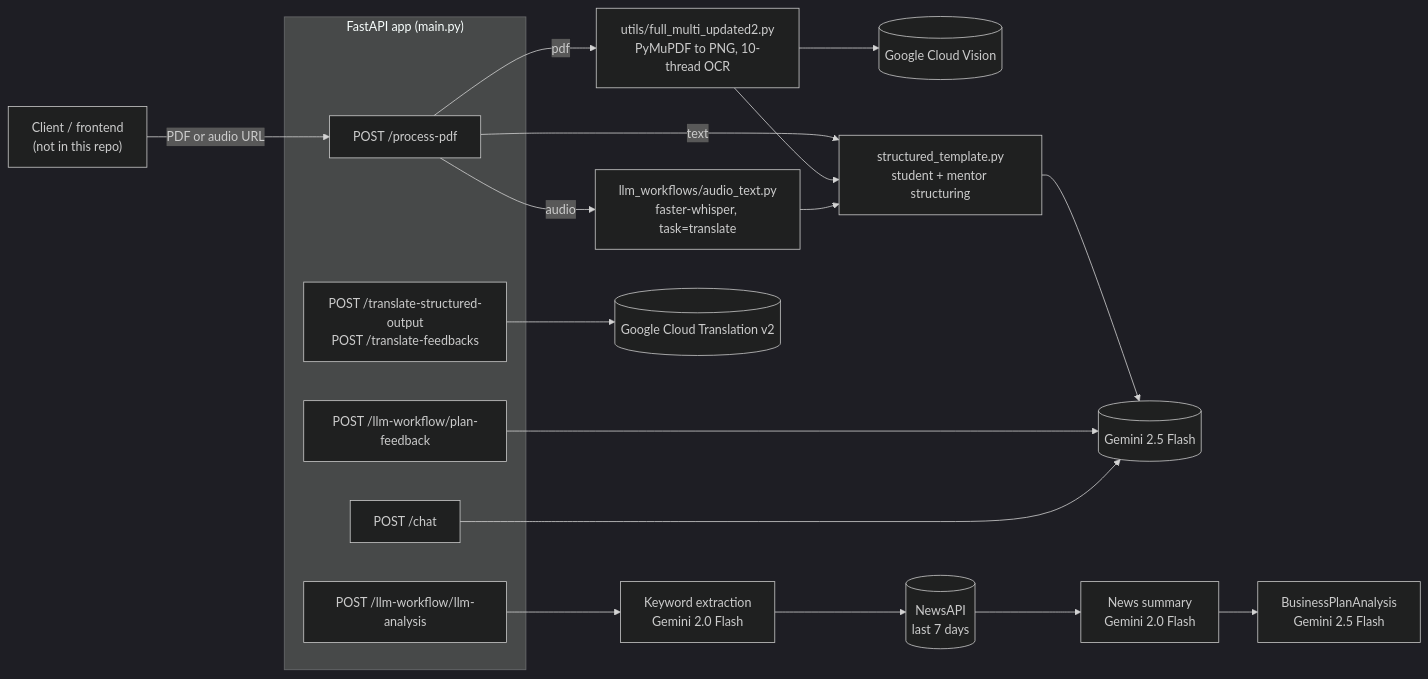
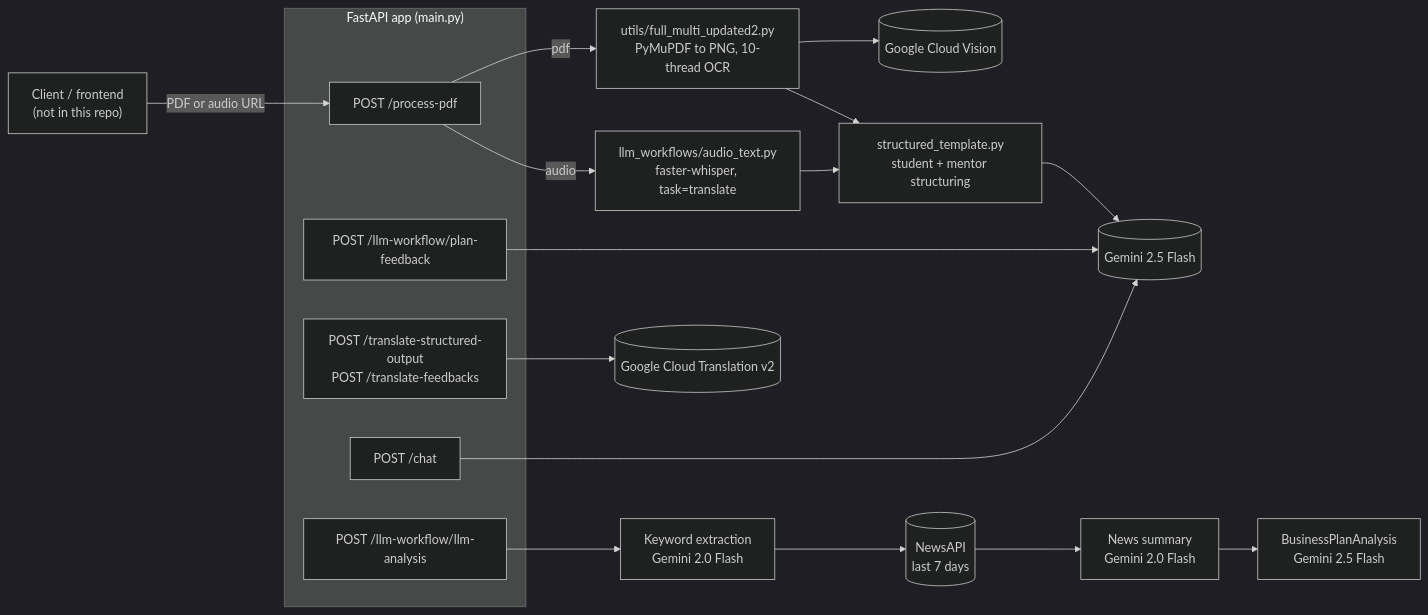
The diagram in README.md (Professional50coder/SapnaForge), drawn with Mermaid (dark theme) before and after one commit. The commit also changed other lines of this file, not shown here.

````diff
--- a/README.md
+++ b/README.md
@@ -112,29 +107,28 @@
 ```mermaid
 flowchart LR
     Client["Client / frontend<br/>(not in this repo)"] -->|"PDF or audio URL"| PP["POST /process-pdf"]
 
     subgraph API["FastAPI app (main.py)"]
         PP
         LA["POST /llm-workflow/llm-analysis"]
         PF["POST /llm-workflow/plan-feedback"]
         TR["POST /translate-structured-output<br/>POST /translate-feedbacks"]
         CH["POST /chat"]
     end
 
     PP -->|pdf| OCR["utils/full_multi_updated2.py<br/>PyMuPDF to PNG, 10-thread OCR"]
     OCR --> GCV[("Google Cloud Vision")]
     PP -->|audio| ASR["llm_workflows/audio_text.py<br/>faster-whisper, task=translate"]
-    PP -->|text| ST["structured_template.py<br/>student + mentor structuring"]
-    OCR --> ST
+    OCR --> ST["structured_template.py<br/>student + mentor structuring"]
     ASR --> ST
     ST --> GEM[("Gemini 2.5 Flash")]
 
     LA --> KW["Keyword extraction<br/>Gemini 2.0 Flash"]
     KW --> NEWS[("NewsAPI<br/>last 7 days")]
     NEWS --> SUM["News summary<br/>Gemini 2.0 Flash"]
     SUM --> AN["BusinessPlanAnalysis<br/>Gemini 2.5 Flash"]
 
     PF --> GEM
     CH --> GEM
     TR --> GT[("Google Cloud Translation v2")]
 ```
````
